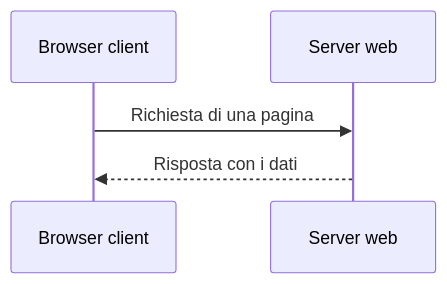
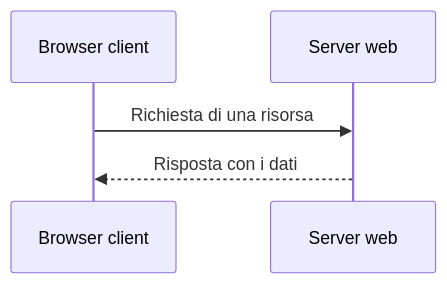
Before and after one commit to lucavandro/il-mio-libro-di-informatica: the second of 4 diagrams in anno1/tlc.md, drawn with Mermaid. The commit also changed other lines of this file and 19 other files, not shown here.

````diff
--- a/anno1/tlc.md
+++ b/anno1/tlc.md
@@ -87,7 +60,7 @@
 ```mermaid
 sequenceDiagram
     participant C as Browser client
     participant S as Server web
-    C->>S: Richiesta di una pagina
+    C->>S: Richiesta di una risorsa
     S-->>C: Risposta con i dati
 ```
````
